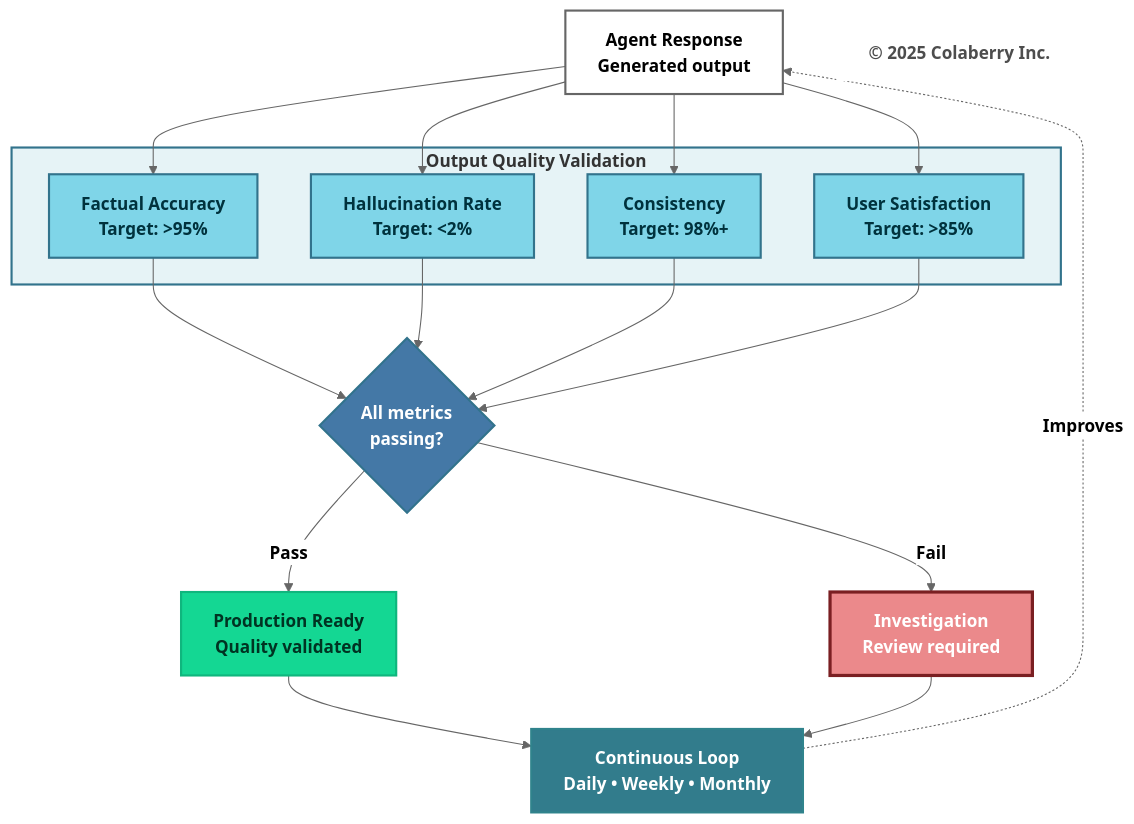
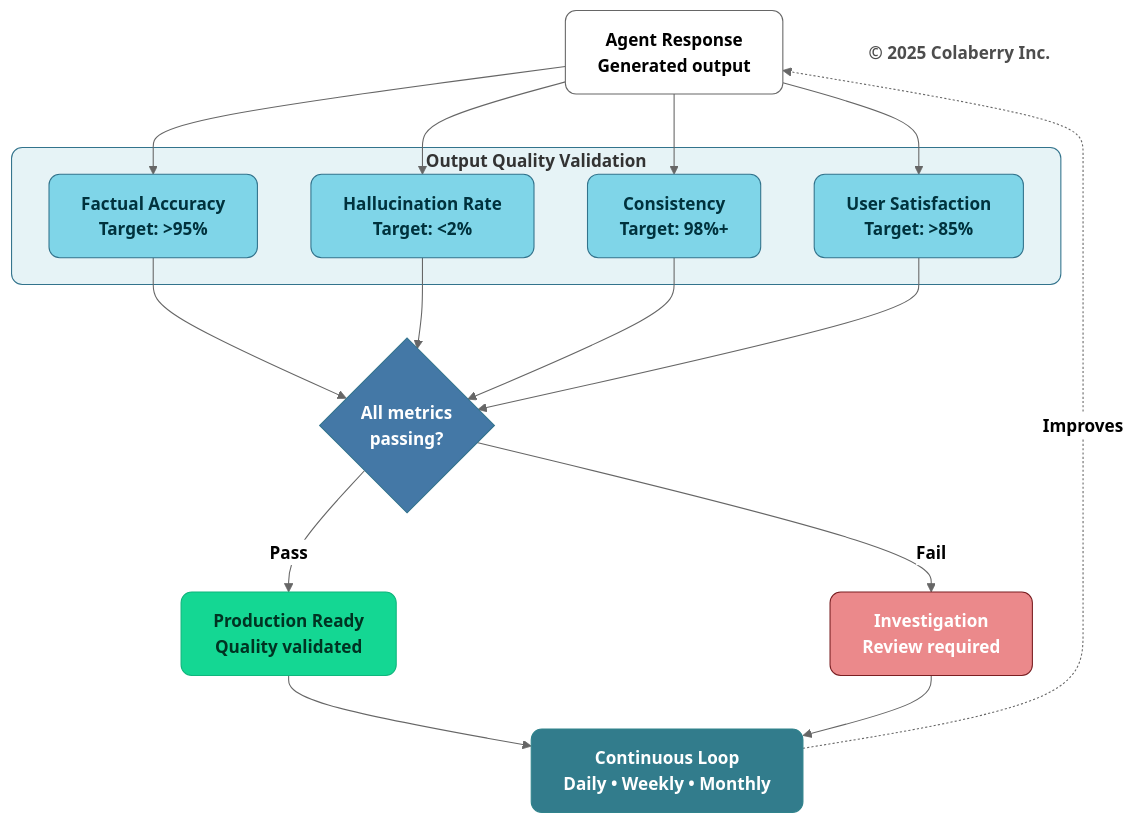
One commit to colaberry/trust-before-intelligence-book changed the eighth of 14 diagrams in manuscript/08_chapter_7_goals_framework.md. Above: the diagram before and after it, drawn with Mermaid (neutral theme). The commit also changed other lines of this file and 12 other files, not shown here.

````diff
--- a/manuscript/08_chapter_7_goals_framework.md
+++ b/manuscript/08_chapter_7_goals_framework.md
@@ -853,49 +853,49 @@
 ```mermaid
 graph TB
     AGENT["<b>Agent Response</b><br/><b>Generated output</b>"]
     
     subgraph METRICS["<b>Output Quality Validation</b>"]
         M1["<b>Factual Accuracy</b><br/><b>Target: >95%</b>"]
         M2["<b>Hallucination Rate</b><br/><b>Target: <2%</b>"]
         M3["<b>Consistency</b><br/><b>Target: 98%+</b>"]
         M4["<b>User Satisfaction</b><br/><b>Target: >85%</b>"]
     end
     
     VALIDATE{<b>All metrics<br/>passing?</b>}
     
     PASS["<b>Production Ready</b><br/><b>Quality validated</b>"]
     FAIL["<b>Investigation</b><br/><b>Review required</b>"]
     
     FEEDBACK["<b>Continuous Loop</b><br/><b>Daily • Weekly • Monthly</b>"]
     
     AGENT --> M1
     AGENT --> M2
     AGENT --> M3
     AGENT --> M4
     
     M1 --> VALIDATE
     M2 --> VALIDATE
     M3 --> VALIDATE
     M4 --> VALIDATE
     
     VALIDATE -->|<b>Pass</b>| PASS
     VALIDATE -->|<b>Fail</b>| FAIL
     
     PASS --> FEEDBACK
     FAIL --> FEEDBACK
     FEEDBACK -.->|<b>Improves</b>| AGENT
     
-    style AGENT fill:#ffffff,stroke:#666666,stroke-width:2px,color:#000000
-    style METRICS fill:#E6F3F6,stroke:#32738C,stroke-width:2px
-    style M1 fill:#7FD5E8,stroke:#32738C,stroke-width:2px,color:#00323D
-    style M2 fill:#7FD5E8,stroke:#32738C,stroke-width:2px,color:#00323D
-    style M3 fill:#7FD5E8,stroke:#32738C,stroke-width:2px,color:#00323D
-    style M4 fill:#7FD5E8,stroke:#32738C,stroke-width:2px,color:#00323D
-    style VALIDATE fill:#4478A6,stroke:#32738C,stroke-width:2px,color:#ffffff
-    style PASS fill:#14D793,stroke:#0FB67D,stroke-width:2px,color:#003322
-    style FAIL fill:#EB898B,stroke:#7A1F22,stroke-width:3px,color:#ffffff
-    style FEEDBACK fill:#327C8C,stroke:#30838C,stroke-width:2px,color:#ffffff
+    style AGENT fill:#ffffff,stroke:#666666,stroke-width:1px,color:#000000,rx:10,ry:10
+    style METRICS fill:#E6F3F6,stroke:#32738C,stroke-width:1px,rx:10,ry:10
+    style M1 fill:#7FD5E8,stroke:#32738C,stroke-width:1px,color:#00323D,rx:10,ry:10
+    style M2 fill:#7FD5E8,stroke:#32738C,stroke-width:1px,color:#00323D,rx:10,ry:10
+    style M3 fill:#7FD5E8,stroke:#32738C,stroke-width:1px,color:#00323D,rx:10,ry:10
+    style M4 fill:#7FD5E8,stroke:#32738C,stroke-width:1px,color:#00323D,rx:10,ry:10
+    style VALIDATE fill:#4478A6,stroke:#32738C,stroke-width:1px,color:#ffffff,rx:10,ry:10
+    style PASS fill:#14D793,stroke:#0FB67D,stroke-width:1px,color:#003322,rx:10,ry:10
+    style FAIL fill:#EB898B,stroke:#7A1F22,stroke-width:1px,color:#ffffff,rx:10,ry:10
+    style FEEDBACK fill:#327C8C,stroke:#30838C,stroke-width:1px,color:#ffffff,rx:10,ry:10
     
     Copyright["<b>© 2025 Colaberry Inc.</b>"]
-    style Copyright fill:#ffffff,stroke:none,color:#4d4d4d
+    style Copyright fill:none,stroke:none,color:#4d4d4d
 ```
````
